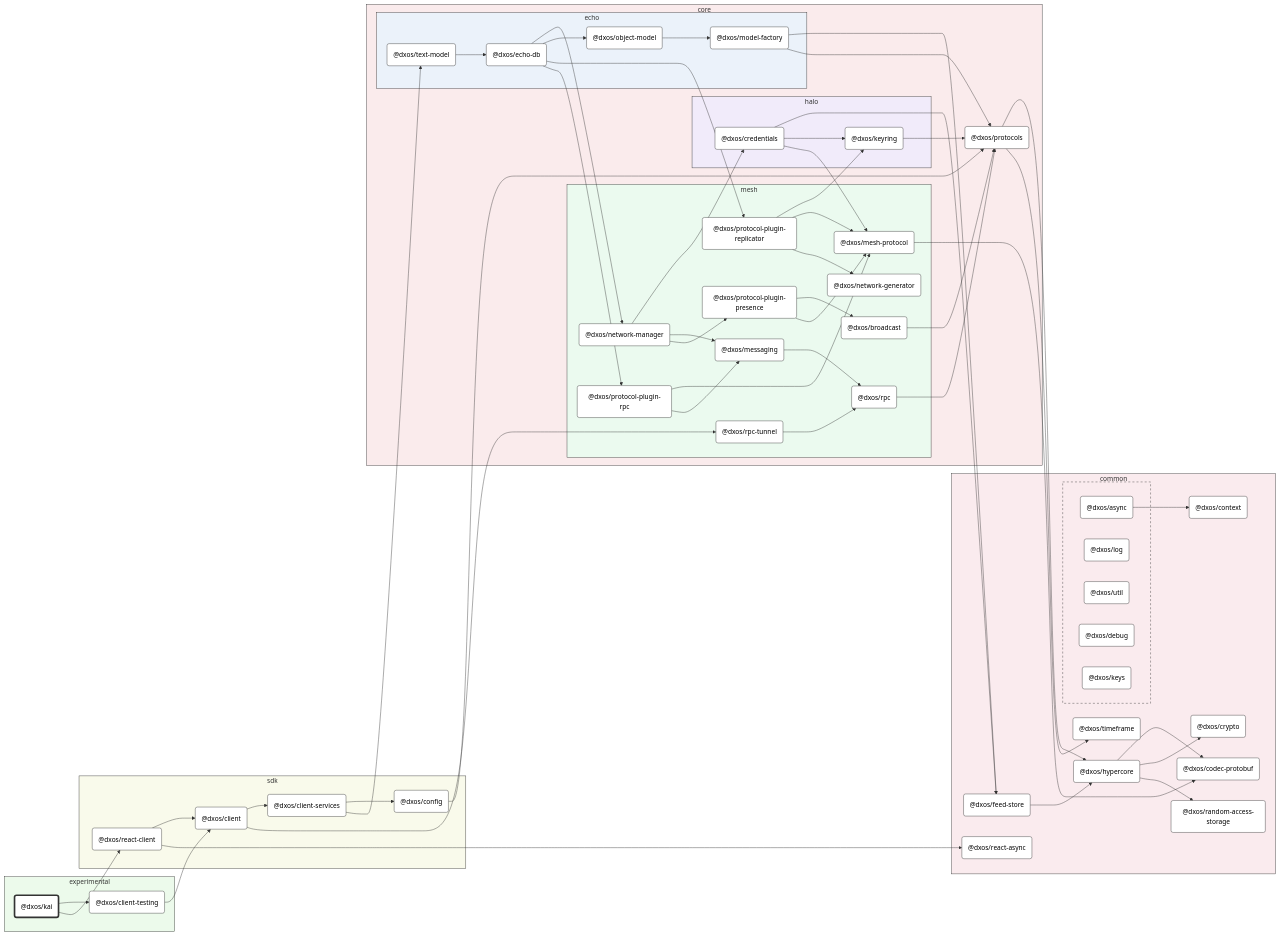
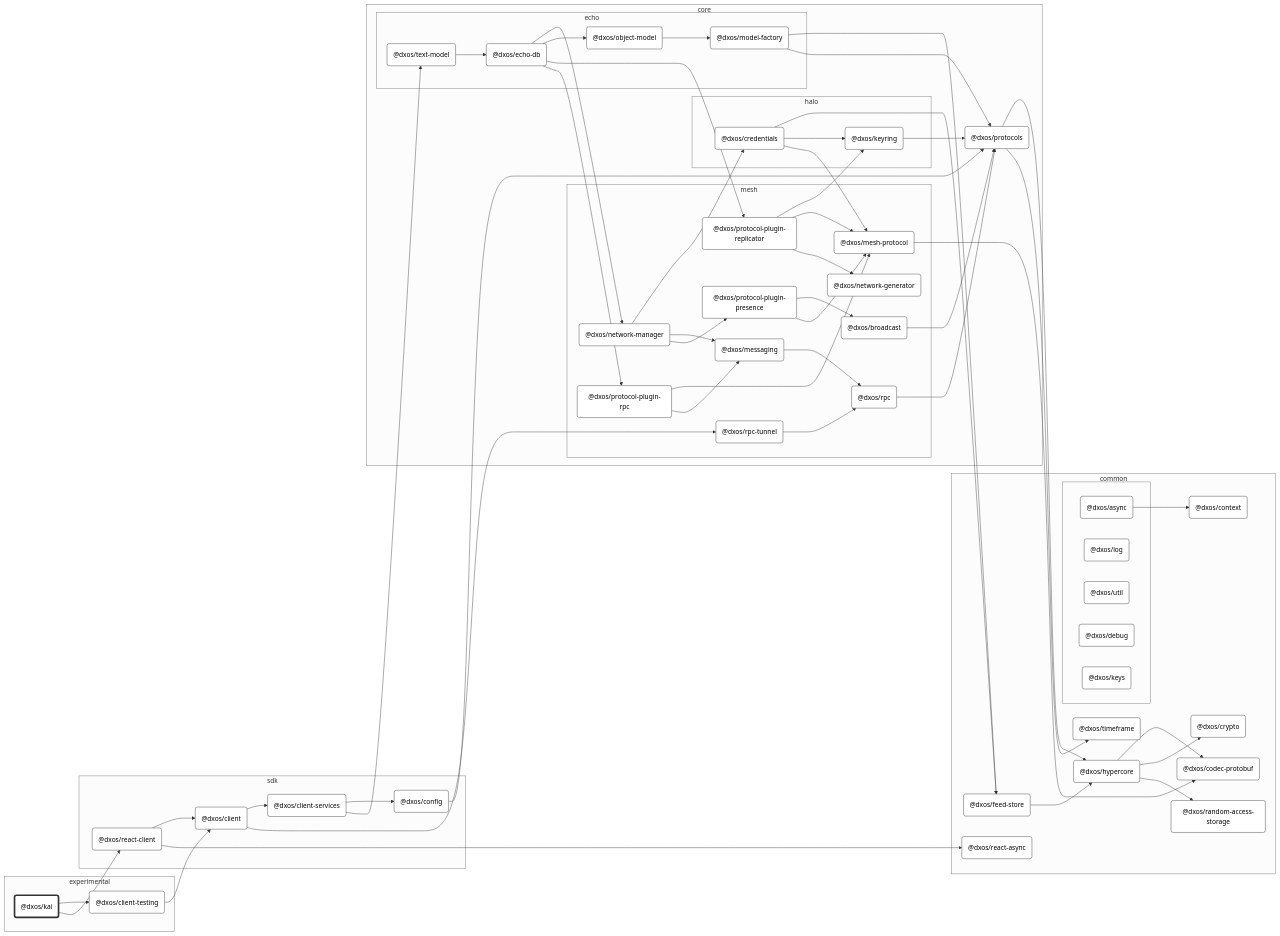
The diagram in packages/experimental/kai/docs/README.md (dxos/dxos), drawn with Mermaid (neutral theme) before and after one commit. The commit also changed 80 other files, not shown here.

```diff
--- a/packages/experimental/kai/docs/README.md
+++ b/packages/experimental/kai/docs/README.md
@@ -16,7 +16,6 @@
 %% Nodes
 
 subgraph experimental [experimental]
-  style experimental fill:#ecfaeb,stroke:#333
   dxos/kai("@dxos/kai"):::root
   click dxos/kai "dxos/dxos/tree/main/packages/experimental/kai/docs"
   dxos/client-testing("@dxos/client-testing"):::def
@@ -24,7 +23,6 @@
 end
 
 subgraph common [common]
-  style common fill:#faebee,stroke:#333
   dxos/context("@dxos/context"):::def
   click dxos/context "dxos/dxos/tree/main/packages/common/context/docs"
   dxos/codec-protobuf("@dxos/codec-protobuf"):::def
@@ -43,7 +41,6 @@
   click dxos/react-async "dxos/dxos/tree/main/packages/common/react-async/docs"
 
   subgraph _ [ ]
-    style _ fill:#faebee,stroke:#333,stroke-dasharray:5 5
     dxos/async("@dxos/async"):::def
     click dxos/async "dxos/dxos/tree/main/packages/common/async/docs"
     dxos/log("@dxos/log"):::def
@@ -58,7 +55,6 @@
 end
 
 subgraph sdk [sdk]
-  style sdk fill:#f9faeb,stroke:#333
   dxos/client("@dxos/client"):::def
   click dxos/client "dxos/dxos/tree/main/packages/sdk/client/docs"
   dxos/client-services("@dxos/client-services"):::def
@@ -70,12 +66,10 @@
 end
 
 subgraph core [core]
-  style core fill:#faebec,stroke:#333
   dxos/protocols("@dxos/protocols"):::def
   click dxos/protocols "dxos/dxos/tree/main/packages/core/protocols/docs"
 
   subgraph halo [halo]
-    style halo fill:#f1ebfa,stroke:#333
     dxos/credentials("@dxos/credentials"):::def
     click dxos/credentials "dxos/dxos/tree/main/packages/core/halo/credentials/docs"
     dxos/keyring("@dxos/keyring"):::def
@@ -83,7 +77,6 @@
   end
 
   subgraph mesh [mesh]
-    style mesh fill:#ebfaef,stroke:#333
     dxos/mesh-protocol("@dxos/mesh-protocol"):::def
     click dxos/mesh-protocol "dxos/dxos/tree/main/packages/core/mesh/mesh-protocol/docs"
     dxos/messaging("@dxos/messaging"):::def
@@ -107,7 +100,6 @@
   end
 
   subgraph echo [echo]
-    style echo fill:#ebf2fa,stroke:#333
     dxos/echo-db("@dxos/echo-db"):::def
     click dxos/echo-db "dxos/dxos/tree/main/packages/core/echo/echo-db/docs"
     dxos/model-factory("@dxos/model-factory"):::def
```
